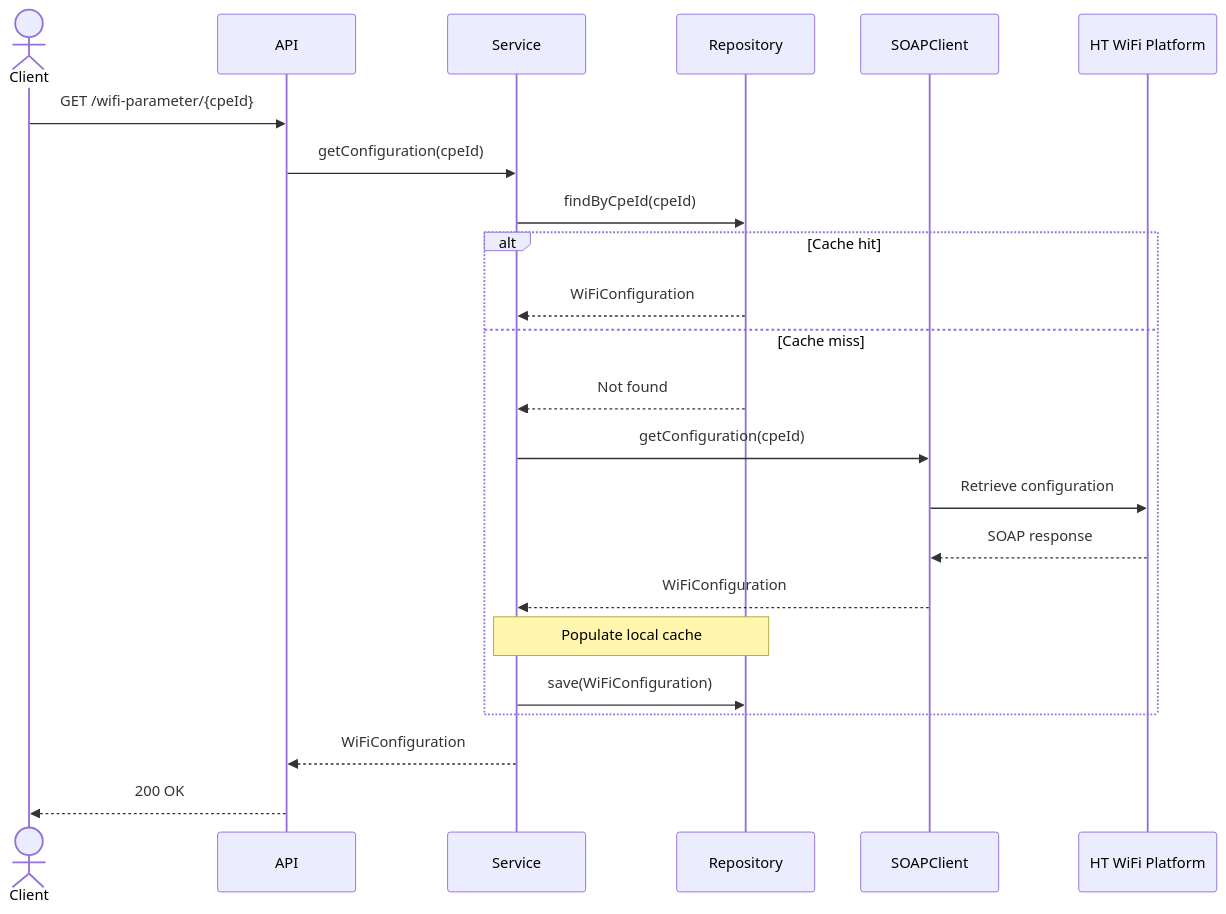
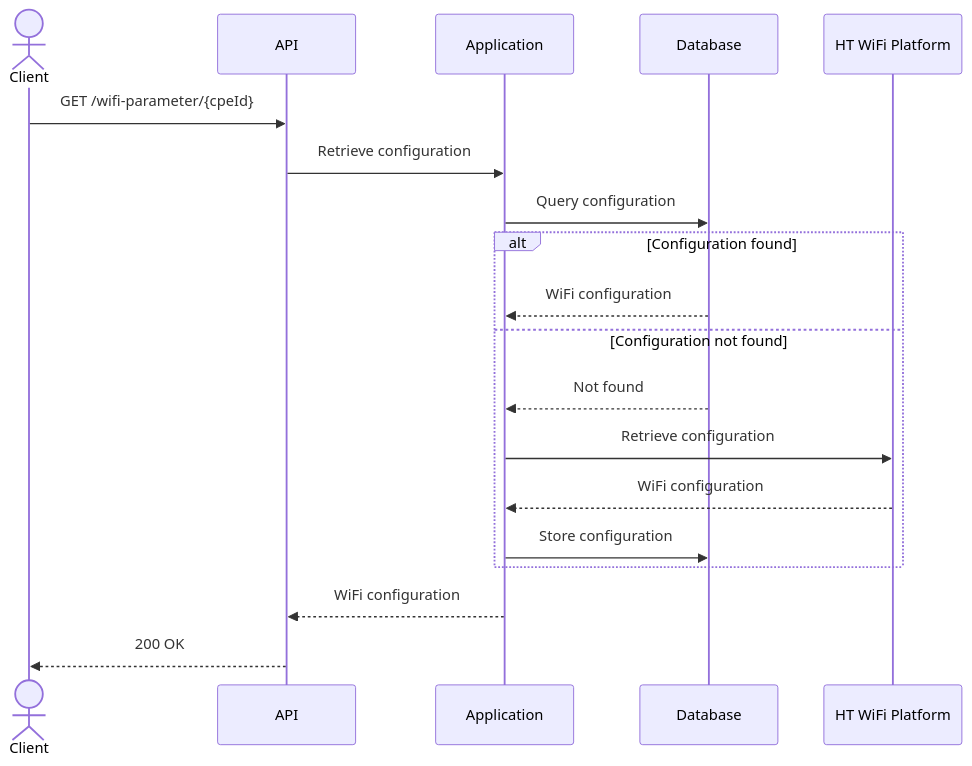
The second of 4 diagrams in docs/ARCHITECTURE.md (meowpow-png/wifi-admin), drawn with Mermaid before and after one commit. The commit also changed other lines of this file and 1 other file, not shown here.

````diff
--- a/docs/ARCHITECTURE.md
+++ b/docs/ARCHITECTURE.md
@@ -86,32 +69,27 @@
 ```mermaid
 sequenceDiagram
     actor Client
     participant API
-    participant Service
-    participant Repository
-    participant SOAPClient
+    participant Application
+    participant Database
     participant Platform as HT WiFi Platform
 
     Client->>API: GET /wifi-parameter/{cpeId}
-    API->>Service: getConfiguration(cpeId)
+    API->>Application: Retrieve configuration
 
-    Service->>Repository: findByCpeId(cpeId)
+    Application->>Database: Query configuration
 
-    alt Cache hit
-        Repository-->>Service: WiFiConfiguration
-    else Cache miss
-        Repository-->>Service: Not found
+    alt Configuration found
+        Database-->>Application: WiFi configuration
+    else Configuration not found
+        Database-->>Application: Not found
 
-        Service->>SOAPClient: getConfiguration(cpeId)
-        SOAPClient->>Platform: Retrieve configuration
-        Platform-->>SOAPClient: SOAP response
-        SOAPClient-->>Service: WiFiConfiguration
+        Application->>Platform: Retrieve configuration
+        Platform-->>Application: WiFi configuration
 
-        Note over Service,Repository: Populate local cache
-
-        Service->>Repository: save(WiFiConfiguration)
+        Application->>Database: Store configuration
     end
 
-    Service-->>API: WiFiConfiguration
+    Application-->>API: WiFi configuration
     API-->>Client: 200 OK
 ```
````
